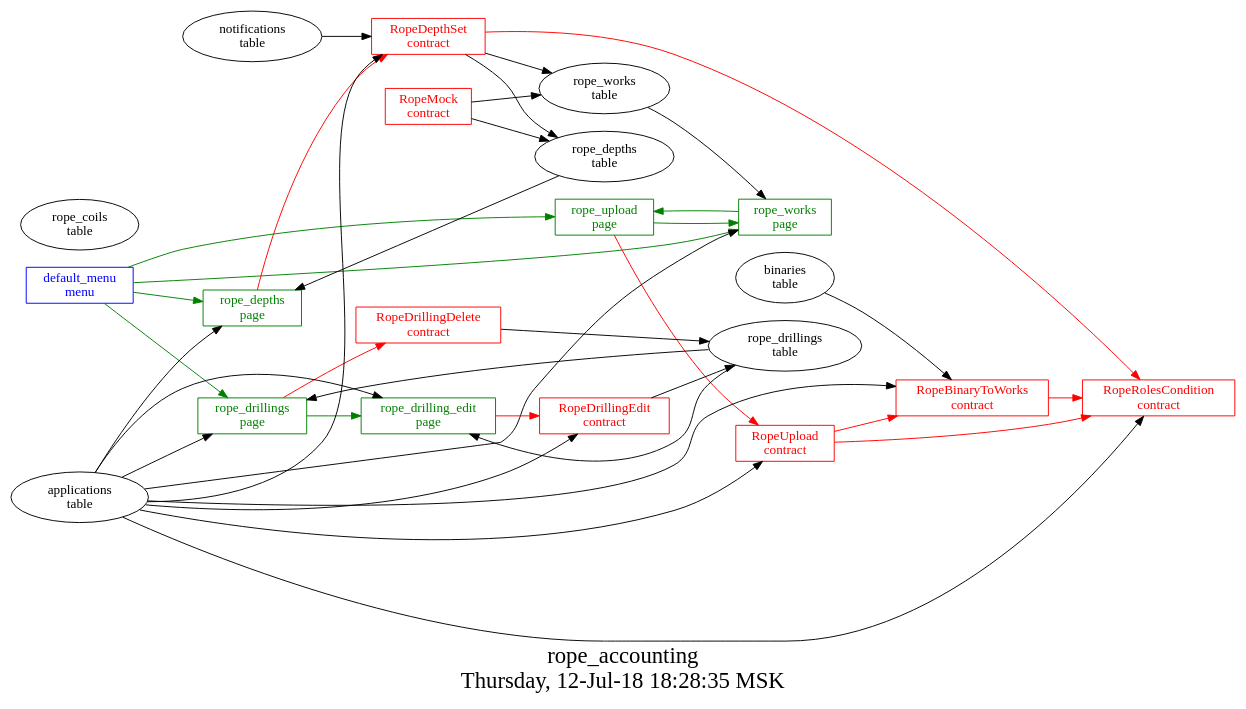
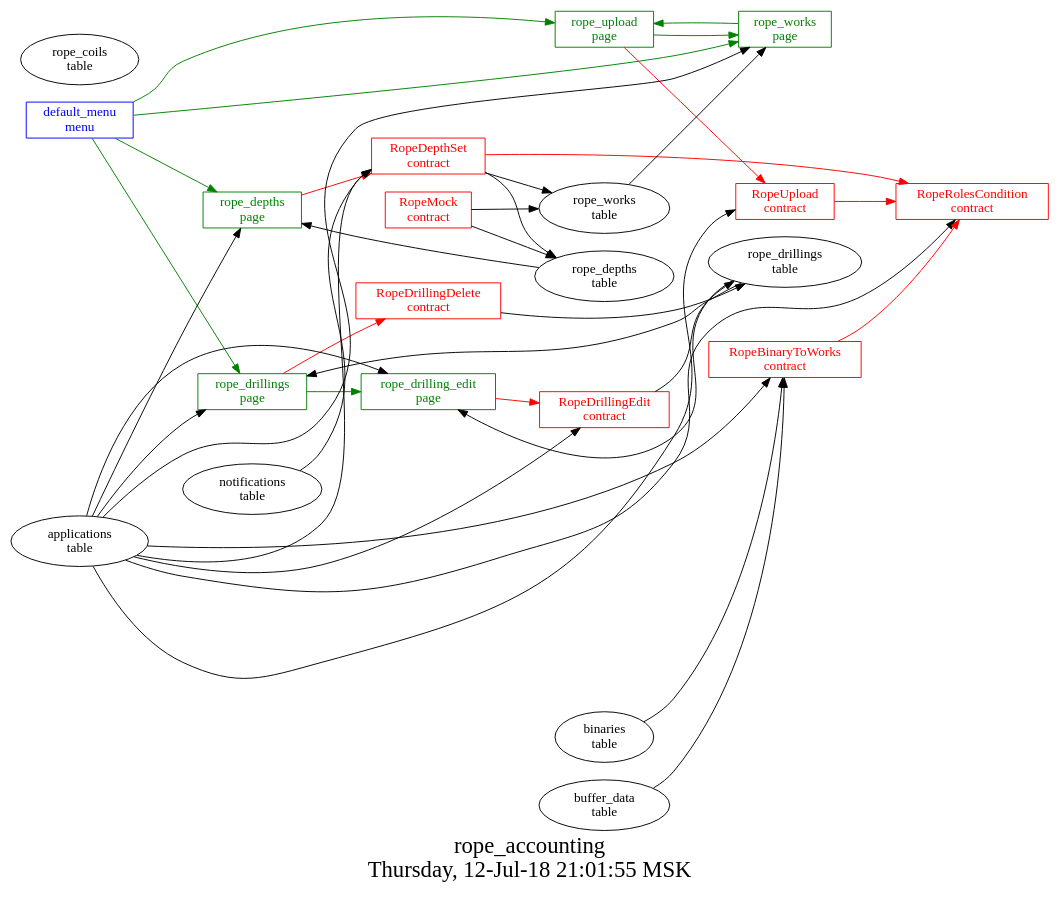
Before and after one commit to AplaProject/apps: the diagram in src/rope_accounting/struct.dot, drawn with Graphviz. The commit also changed 5 other files, not shown here.

```diff
--- a/src/rope_accounting/struct.dot
+++ b/src/rope_accounting/struct.dot
@@ -1,63 +1,63 @@
 digraph G {
 graph [
   fontsize="24";
-  label="rope_accounting\nThursday, 12-Jul-18 18:28:35 MSK";
+  label="rope_accounting\nThursday, 12-Jul-18 21:01:55 MSK";
   nojustify=true;
   ordering=out;
   rankdir=LR;
   size="30";
 ];
 "default_menu\nmenu" -> "rope_upload\npage"  [ color=green ]
 "default_menu\nmenu" -> "rope_works\npage"  [ color=green ]
 "default_menu\nmenu" -> "rope_depths\npage"  [ color=green ]
 "default_menu\nmenu" -> "rope_drillings\npage"  [ color=green ]
 "default_menu\nmenu" [color=blue, fontcolor=blue, group=menus, shape=record];
 "rope_depths\npage" -> "RopeDepthSet\ncontract"  [ color=red ]
 "applications\ntable" -> "rope_depths\npage"
 "rope_depths\ntable" -> "rope_depths\npage"
 "rope_depths\npage" [color=green, fontcolor=green, group=pages, shape=record];
 "rope_drilling_edit\npage" -> "RopeDrillingEdit\ncontract"  [ color=red ]
 "applications\ntable" -> "rope_drilling_edit\npage"
 "rope_drillings\ntable" -> "rope_drilling_edit\npage"
 "rope_drilling_edit\npage" [color=green, fontcolor=green, group=pages, shape=record];
 "rope_drillings\npage" -> "RopeDrillingDelete\ncontract"  [ color=red ]
 "applications\ntable" -> "rope_drillings\npage"
 "rope_drillings\ntable" -> "rope_drillings\npage"
 "rope_drillings\npage" -> "rope_drilling_edit\npage"  [ color=green ]
 "rope_drillings\npage" [color=green, fontcolor=green, group=pages, shape=record];
 "rope_upload\npage" -> "RopeUpload\ncontract"  [ color=red ]
 "rope_upload\npage" -> "rope_works\npage"  [ color=green ]
 "rope_upload\npage" [color=green, fontcolor=green, group=pages, shape=record];
 "applications\ntable" -> "rope_works\npage"
 "rope_works\ntable" -> "rope_works\npage"
 "rope_works\npage" -> "rope_upload\npage"  [ color=green ]
 "rope_works\npage" [color=green, fontcolor=green, group=pages, shape=record];
 "RopeBinaryToWorks\ncontract" -> "RopeRolesCondition\ncontract"  [ color=red ]
 "applications\ntable" -> "RopeBinaryToWorks\ncontract"
+"buffer_data\ntable" -> "RopeBinaryToWorks\ncontract"
 "binaries\ntable" -> "RopeBinaryToWorks\ncontract"
 "RopeBinaryToWorks\ncontract" [color=red, fontcolor=red, group=contracts, shape=record];
 "RopeDepthSet\ncontract" -> "RopeRolesCondition\ncontract"  [ color=red ]
 "RopeDepthSet\ncontract" -> "rope_works\ntable"  [ color="" ]
 "RopeDepthSet\ncontract" -> "rope_depths\ntable"  [ color="" ]
 "notifications\ntable" -> "RopeDepthSet\ncontract"
 "applications\ntable" -> "RopeDepthSet\ncontract"
 "RopeDepthSet\ncontract" [color=red, fontcolor=red, group=contracts, shape=record];
 "RopeDrillingDelete\ncontract" -> "rope_drillings\ntable"  [ color="" ]
 "RopeDrillingDelete\ncontract" [color=red, fontcolor=red, group=contracts, shape=record];
 "RopeDrillingEdit\ncontract" -> "rope_drillings\ntable"  [ color="" ]
 "applications\ntable" -> "RopeDrillingEdit\ncontract"
 "RopeDrillingEdit\ncontract" [color=red, fontcolor=red, group=contracts, shape=record];
 "RopeMock\ncontract" -> "rope_works\ntable"  [ color="" ]
 "RopeMock\ncontract" -> "rope_depths\ntable"  [ color="" ]
 "RopeMock\ncontract" [color=red, fontcolor=red, group=contracts, shape=record];
 "applications\ntable" -> "RopeRolesCondition\ncontract"
 "RopeRolesCondition\ncontract" [color=red, fontcolor=red, group=contracts, shape=record];
-"RopeUpload\ncontract" -> "RopeBinaryToWorks\ncontract"  [ color=red ]
 "RopeUpload\ncontract" -> "RopeRolesCondition\ncontract"  [ color=red ]
 "applications\ntable" -> "RopeUpload\ncontract"
 "RopeUpload\ncontract" [color=red, fontcolor=red, group=contracts, shape=record];
 "rope_coils\ntable" [color="", fontcolor="", group=tables, shape=""];
 "rope_depths\ntable" [color="", fontcolor="", group=tables, shape=""];
 "rope_drillings\ntable" [color="", fontcolor="", group=tables, shape=""];
 "rope_works\ntable" [color="", fontcolor="", group=tables, shape=""];
 }
```
